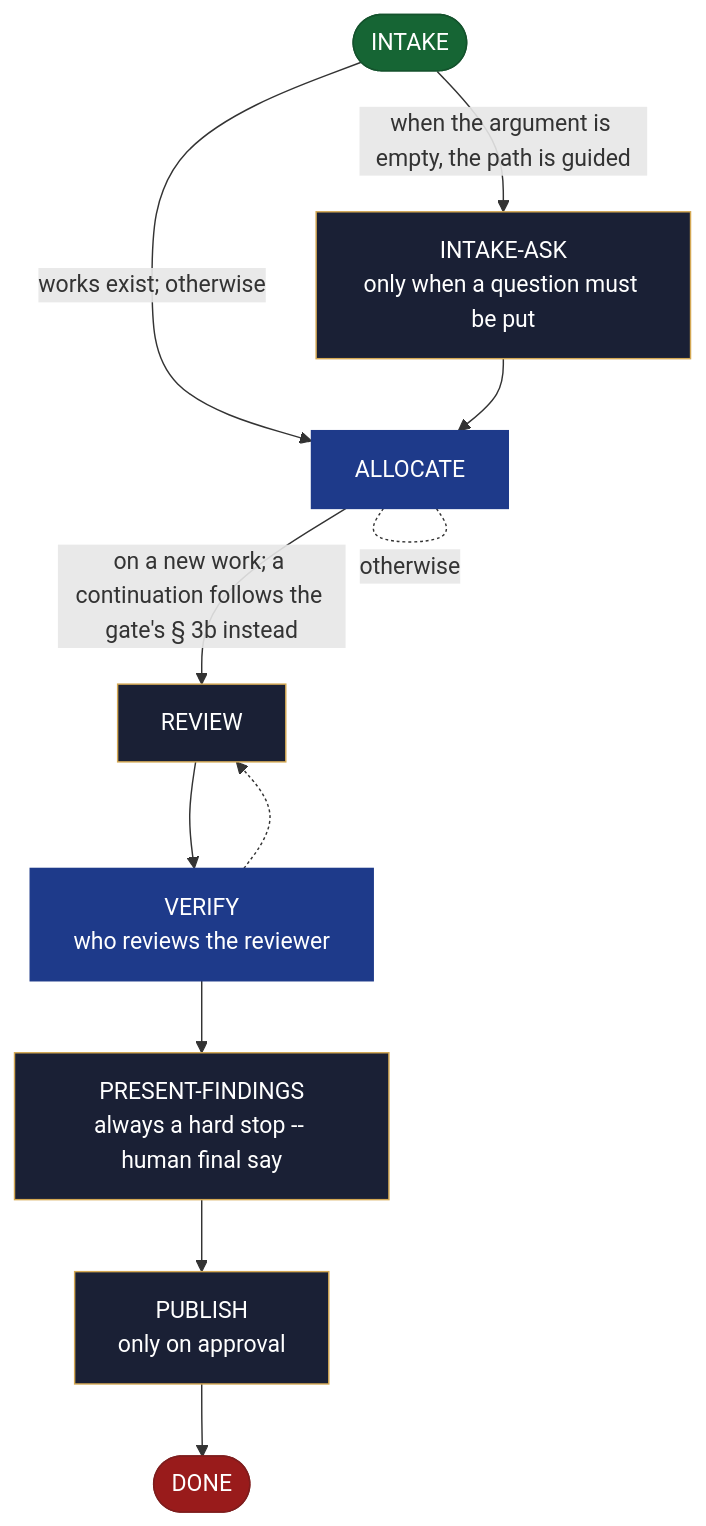
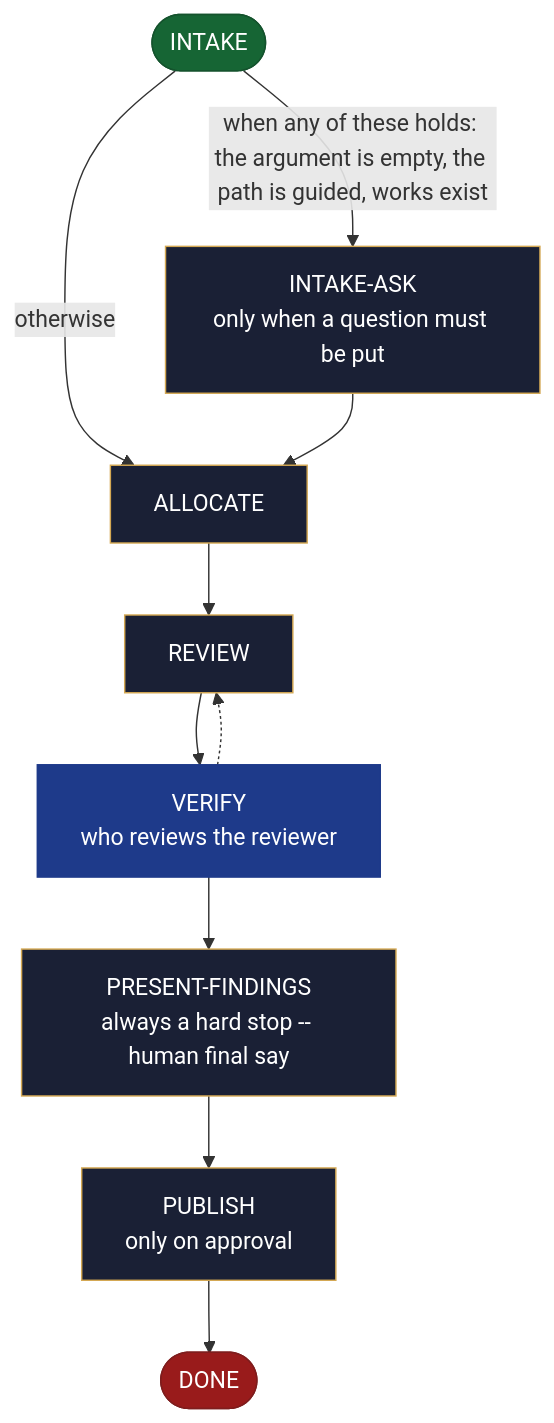
The diagram in site/src/content/docs/skills/aid-review.md (AndreVianna/aid-methodology), drawn with Mermaid before and after one commit. The commit also changed other lines of this file and 195 other files, not shown here.

First line of the commit message:
delivery-002 review fix (cycle 1): sub-step pointers are notes, not advance lines; orchestrate under its line cap, question rule cited not restated; residual flow rungs read advance words; site regenerated; ledger rows marked Fixed (D3-11 left open)

````diff
--- a/site/src/content/docs/skills/aid-review.md
+++ b/site/src/content/docs/skills/aid-review.md
@@ -20,43 +20,42 @@
 ```mermaid
 flowchart TB
   classDef aidNode color:#fff
   classDef aidEntry fill:#166534,stroke:#14532d,color:#fff
   classDef aidExit fill:#991b1b,stroke:#7f1d1d,color:#fff
   classDef aidDecision fill:#92400e,stroke:#78350f,color:#fff
   classDef aidLoopBack fill:#1e3a8a,stroke:#1e3a8a,color:#fff
   classDef aidStep fill:#1a2035,stroke:#d4a853,color:#f1f5f9
   n1(["INTAKE"])
   n2["INTAKE-ASK<br/>only when a question must be put"]
   n3["ALLOCATE"]
   n4["REVIEW"]
   n5["VERIFY<br/>who reviews the reviewer"]
   n6["PRESENT-FINDINGS<br/>always a hard stop -- human final say"]
   n7["PUBLISH<br/>only on approval"]
   n8(["DONE"])
-  n1 -->|"when the argument is empty, the path is guided"| n2
-  n1 -->|"works exist; otherwise"| n3
+  n1 -->|"when any of these holds: the argument is empty, the path is guided, works exist"| n2
+  n1 -->|"otherwise"| n3
   n2 --> n3
-  n3 -. "otherwise" .- n3
-  n3 -->|"on a new work; a continuation follows the gate's § 3b instead"| n4
+  n3 --> n4
   n4 --> n5
   n5 -.-> n4
   n5 --> n6
   n6 --> n7
   n7 --> n8
   class n1 aidEntry
   class n2 aidStep
-  class n3 aidLoopBack
+  class n3 aidStep
   class n4 aidStep
   class n5 aidLoopBack
   class n6 aidStep
   class n7 aidStep
   class n8 aidExit
   class n1 aidNode
   class n2 aidNode
   class n3 aidNode
   class n4 aidNode
   class n5 aidNode
   class n6 aidNode
   class n7 aidNode
   class n8 aidNode
 ```
````
